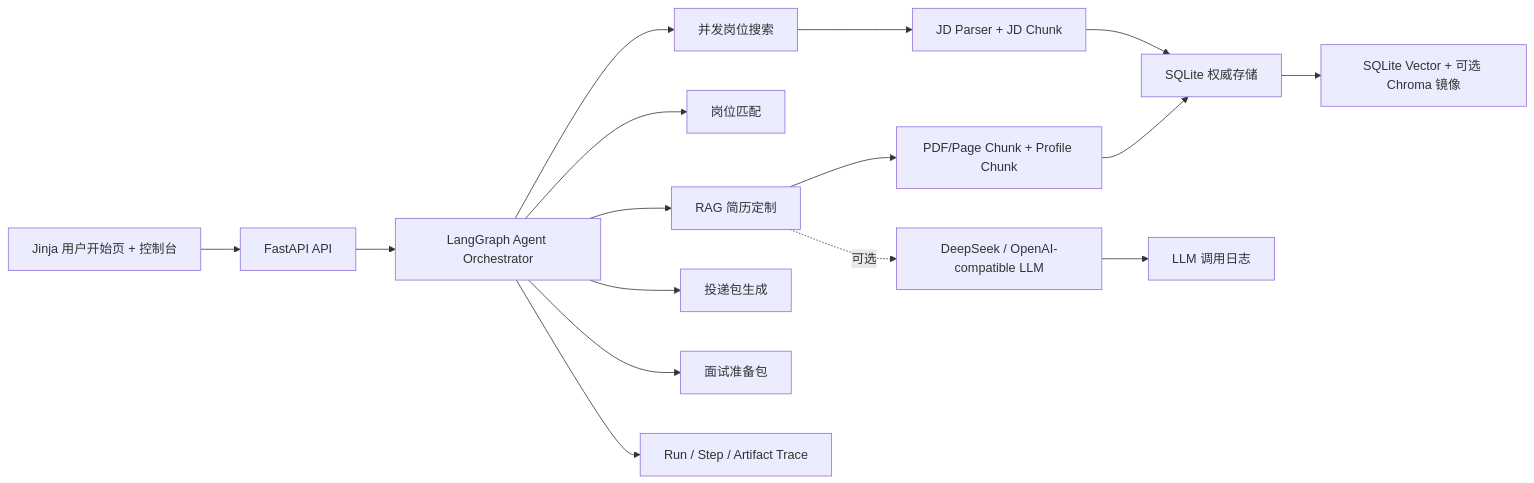
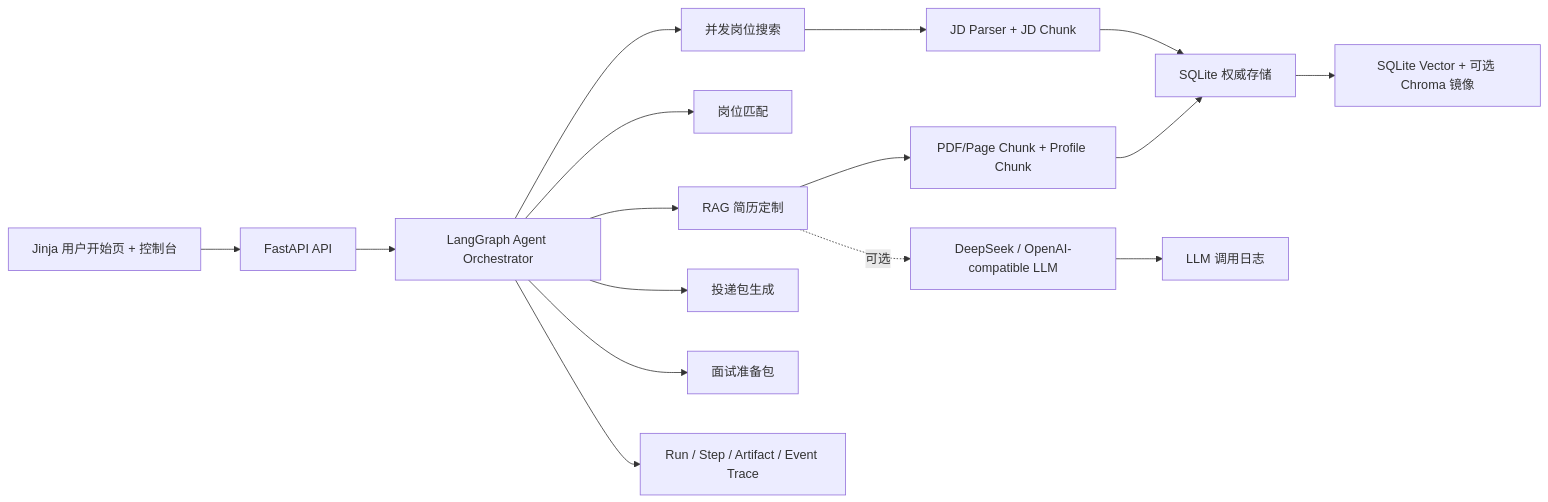
One commit to Yonhen233/CareerAgent changed the diagram in README.md. Above: the diagram before and after it, drawn with Mermaid. The commit also changed other lines of this file and 19 other files, not shown here.

````diff
--- a/README.md
+++ b/README.md
@@ -81,18 +84,18 @@
 ```mermaid
 flowchart LR
     UI["Jinja 用户开始页 + 控制台"] --> API["FastAPI API"]
     API --> Agent["LangGraph Agent Orchestrator"]
     Agent --> Search["并发岗位搜索"]
     Agent --> Match["岗位匹配"]
     Agent --> Tailor["RAG 简历定制"]
     Agent --> Apply["投递包生成"]
     Agent --> Interview["面试准备包"]
     Search --> JD["JD Parser + JD Chunk"]
     Tailor --> Resume["PDF/Page Chunk + Profile Chunk"]
     JD --> SQLite["SQLite 权威存储"]
     Resume --> SQLite
     SQLite --> Vector["SQLite Vector + 可选 Chroma 镜像"]
     Tailor -.可选.-> LLM["DeepSeek / OpenAI-compatible LLM"]
     LLM --> Debug["LLM 调用日志"]
-    Agent --> Trace["Run / Step / Artifact Trace"]
+    Agent --> Trace["Run / Step / Artifact / Event Trace"]
 ```
````
